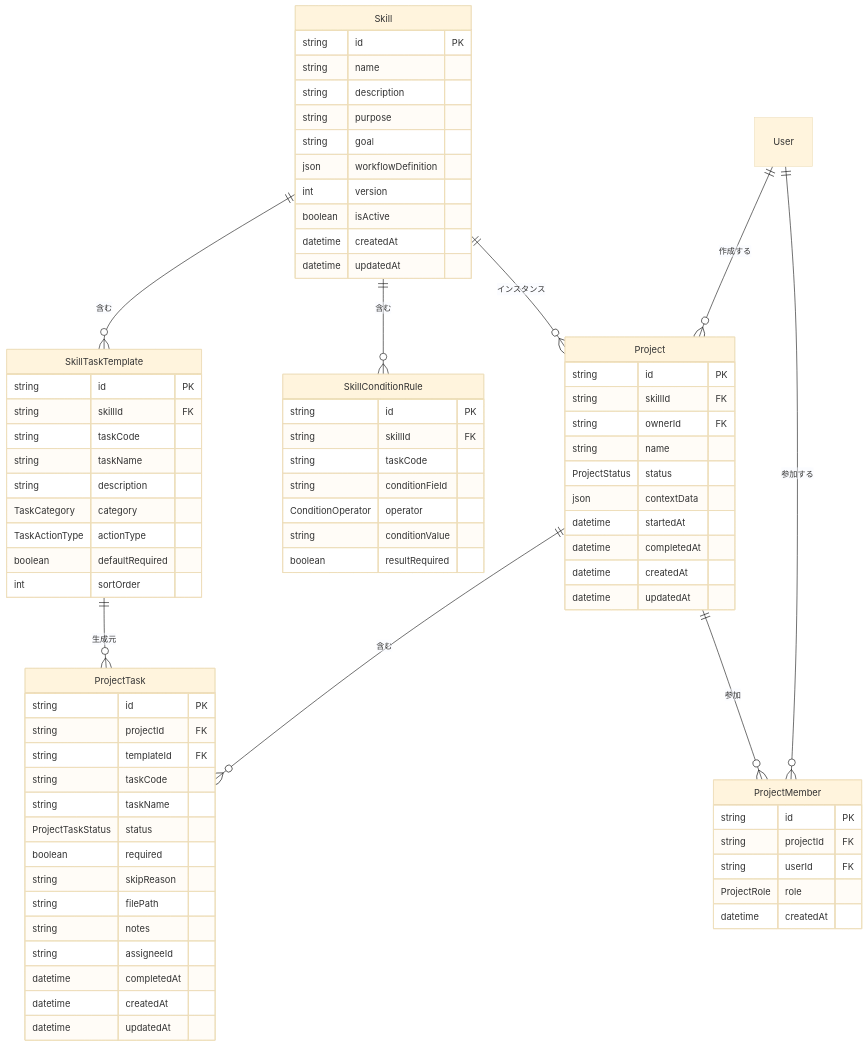
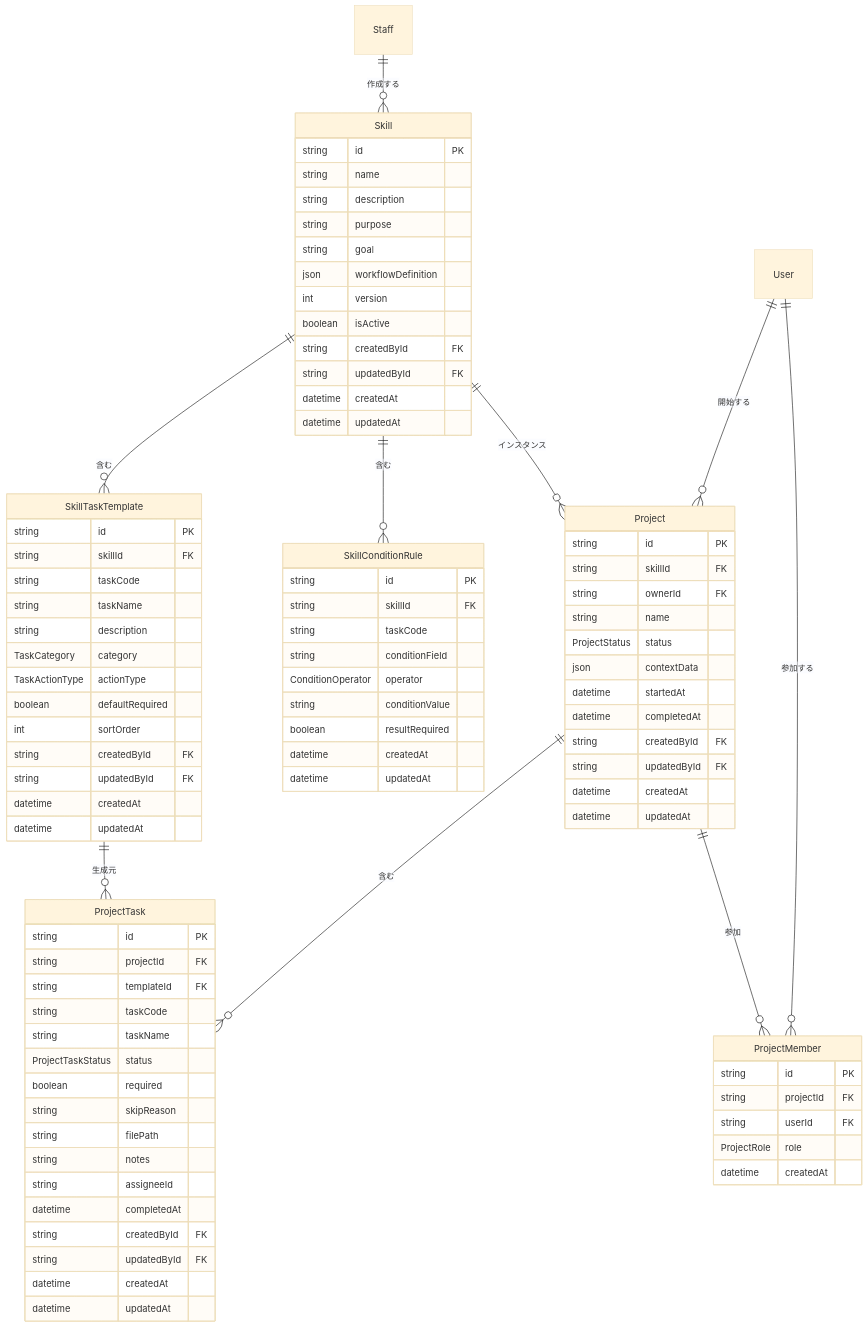
Before and after one commit to kincapy/joshinan-docs: the diagram in docs/02-system-specification/18-project/01-entity.md, drawn with Mermaid (base theme). The commit also changed other lines of this file and 3 other files, not shown here.

```diff
--- a/docs/02-system-specification/18-project/01-entity.md
+++ b/docs/02-system-specification/18-project/01-entity.md
@@ -25,7 +25,8 @@
     Project ||--o{ ProjectTask : "含む"
     Project ||--o{ ProjectMember : "参加"
     SkillTaskTemplate ||--o{ ProjectTask : "生成元"
-    User ||--o{ Project : "作成する"
+    Staff ||--o{ Skill : "作成する"
+    User ||--o{ Project : "開始する"
     User ||--o{ ProjectMember : "参加する"
 
     Skill {
@@ -37,6 +38,8 @@
         json workflowDefinition
         int version
         boolean isActive
+        string createdById FK
+        string updatedById FK
         datetime createdAt
         datetime updatedAt
     }
@@ -51,6 +54,10 @@
         TaskActionType actionType
         boolean defaultRequired
         int sortOrder
+        string createdById FK
+        string updatedById FK
+        datetime createdAt
+        datetime updatedAt
     }
 
     SkillConditionRule {
@@ -61,6 +68,8 @@
         ConditionOperator operator
         string conditionValue
         boolean resultRequired
+        datetime createdAt
+        datetime updatedAt
     }
 
     Project {
@@ -72,6 +81,8 @@
         json contextData
         datetime startedAt
         datetime completedAt
+        string createdById FK
+        string updatedById FK
         datetime createdAt
         datetime updatedAt
     }
@@ -89,6 +100,8 @@
         string notes
         string assigneeId
         datetime completedAt
+        string createdById FK
+        string updatedById FK
         datetime createdAt
         datetime updatedAt
     }
```
